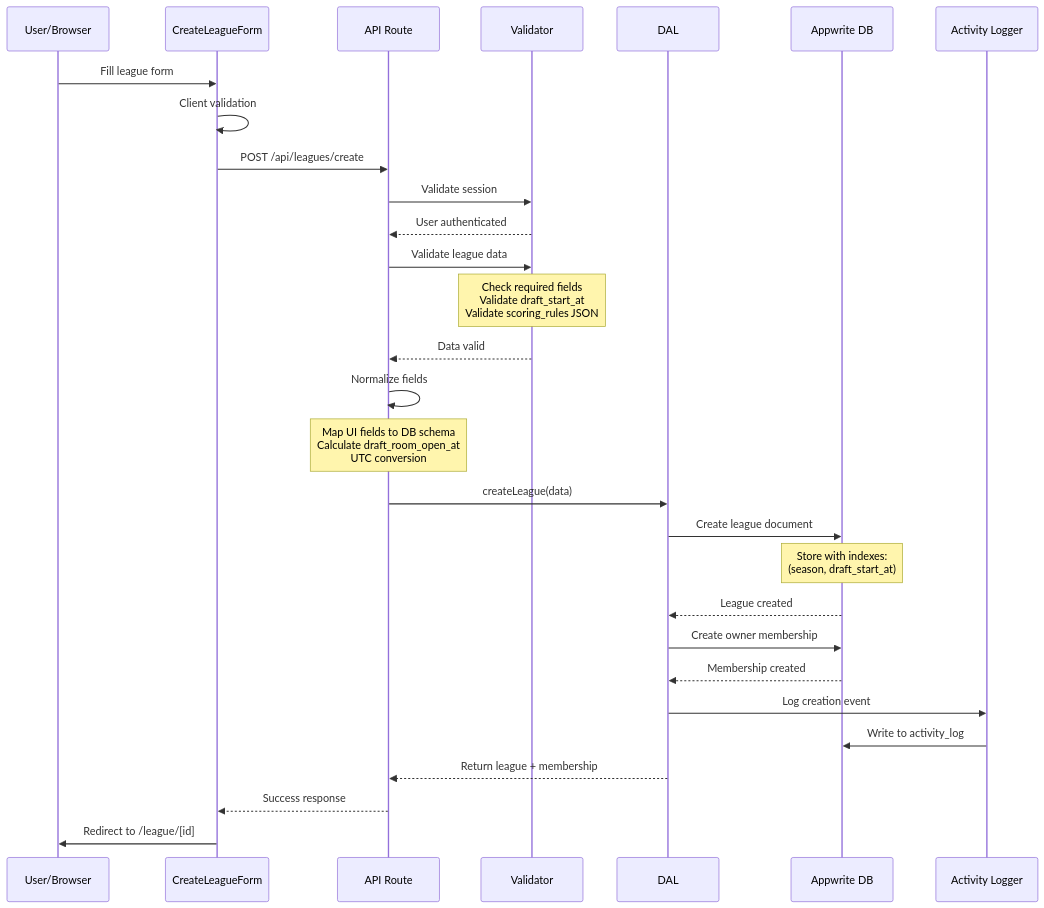
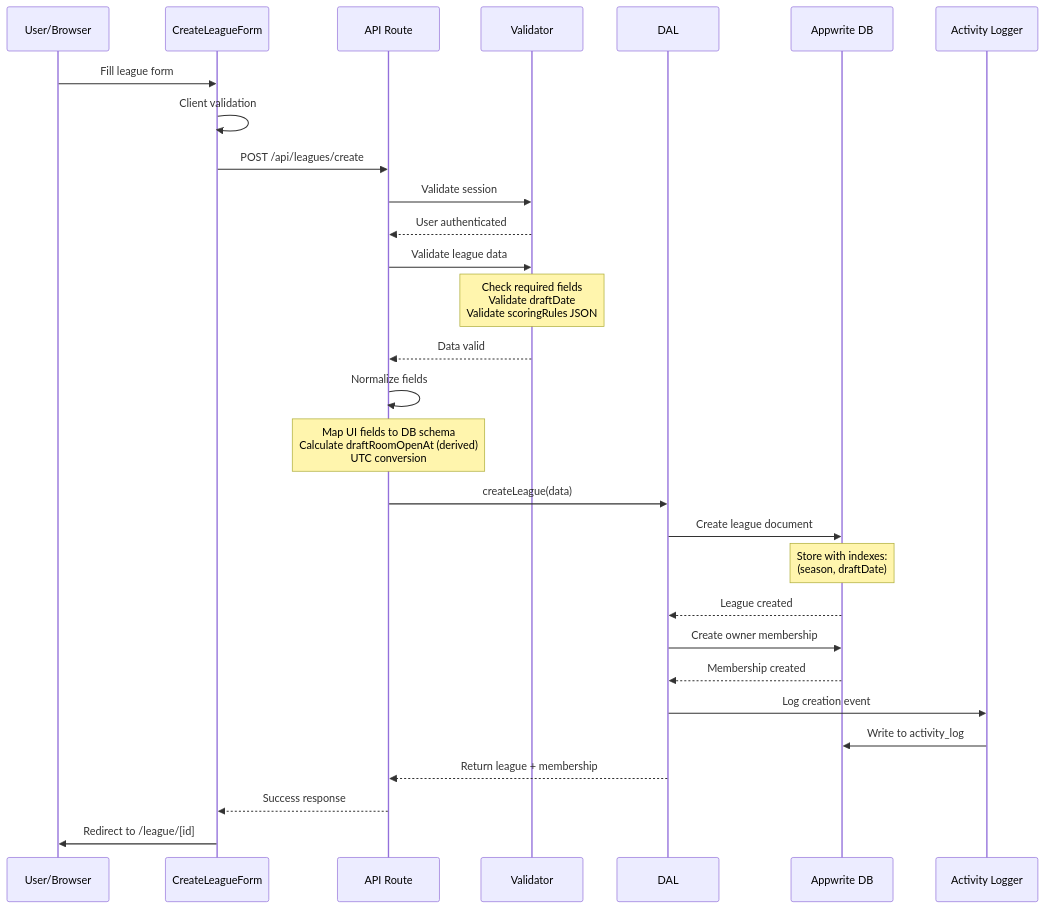
Before and after one commit to kpm34/college-football-fantasy-app: the second of 2 diagrams in docs/diagrams/functional-flow/create-league-flow-with-draft-scheduling.md, drawn with Mermaid. The commit also changed other lines of this file and 288 other files, not shown here.

Commit message:
feat(diagrams): Admin Diagrams hub + Lucid OAuth/import integration; add Open in Lucid buttons; fix TS setup

````diff
--- a/docs/diagrams/functional-flow/create-league-flow-with-draft-scheduling.md
+++ b/docs/diagrams/functional-flow/create-league-flow-with-draft-scheduling.md
@@ -57,39 +57,39 @@
 ```mermaid
 sequenceDiagram
     participant U as User/Browser
     participant C as CreateLeagueForm
     participant A as API Route
     participant V as Validator
     participant D as DAL
     participant DB as Appwrite DB
     participant AL as Activity Logger
     
     U->>C: Fill league form
     C->>C: Client validation
     C->>A: POST /api/leagues/create
     
     A->>V: Validate session
     V-->>A: User authenticated
     
     A->>V: Validate league data
-    Note over V: Check required fields<br/>Validate draft_start_at<br/>Validate scoring_rules JSON
+    Note over V: Check required fields<br/>Validate draftDate<br/>Validate scoringRules JSON
     V-->>A: Data valid
     
     A->>A: Normalize fields
-    Note over A: Map UI fields to DB schema<br/>Calculate draft_room_open_at<br/>UTC conversion
+    Note over A: Map UI fields to DB schema<br/>Calculate draftRoomOpenAt (derived)<br/>UTC conversion
     
     A->>D: createLeague(data)
     D->>DB: Create league document
-    Note over DB: Store with indexes:<br/>(season, draft_start_at)
+    Note over DB: Store with indexes:<br/>(season, draftDate)
     DB-->>D: League created
     
     D->>DB: Create owner membership
     DB-->>D: Membership created
     
     D->>AL: Log creation event
     AL->>DB: Write to activity_log
     
     D-->>A: Return league + membership
     A-->>C: Success response
     C->>U: Redirect to /league/[id]
 ```
````
